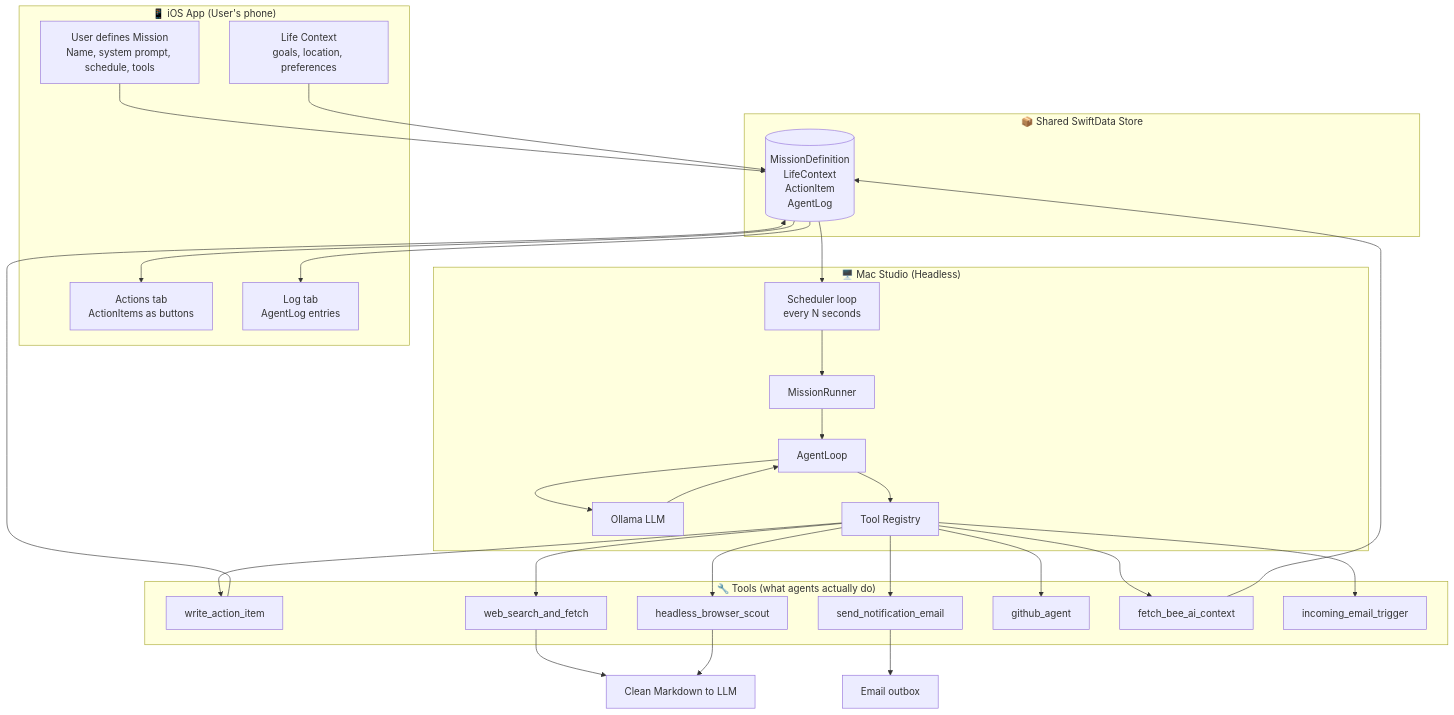
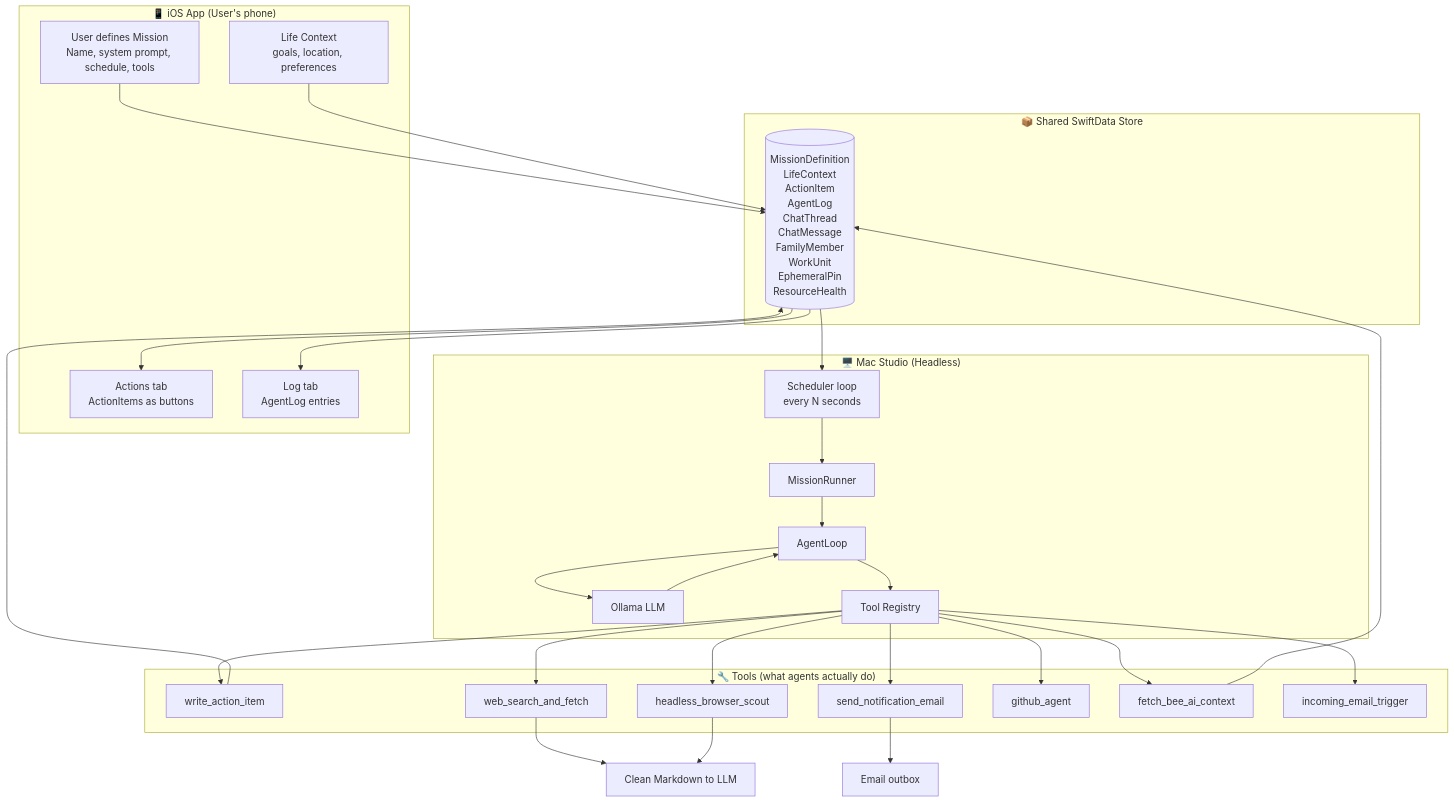
One commit to KVTaniguchi/agentkvt changed the diagram in Docs/DATA_FLOW.md. Above: the diagram before and after it, drawn with Mermaid. The commit also changed other lines of this file and 55 other files, not shown here.

First line of the commit message:
feat: canonical systemIntent, mission owner profile, iOS chat and Mac runner

````diff
--- a/Docs/DATA_FLOW.md
+++ b/Docs/DATA_FLOW.md
@@ -9,54 +16,54 @@
 ```mermaid
 flowchart TB
     subgraph iOS["📱 iOS App (User's phone)"]
         A[User defines Mission<br/>Name, system prompt, schedule, tools]
         B[Life Context<br/>goals, location, preferences]
         C[Actions tab<br/>ActionItems as buttons]
         D[Log tab<br/>AgentLog entries]
     end
 
     subgraph Store["📦 Shared SwiftData Store"]
-        S[(MissionDefinition<br/>LifeContext<br/>ActionItem<br/>AgentLog)]
+        S[(MissionDefinition<br/>LifeContext<br/>ActionItem<br/>AgentLog<br/>ChatThread<br/>ChatMessage<br/>FamilyMember<br/>WorkUnit<br/>EphemeralPin<br/>ResourceHealth)]
     end
 
     subgraph Mac["🖥️ Mac Studio (Headless)"]
         T[Scheduler loop<br/>every N seconds]
         M[MissionRunner]
         L[AgentLoop]
         O[Ollama LLM]
         R[Tool Registry]
     end
 
     subgraph Tools["🔧 Tools (what agents actually do)"]
         W[write_action_item]
         WEB[web_search_and_fetch]
         HEAD[headless_browser_scout]
         E[send_notification_email]
         G[github_agent]
         BEE[fetch_bee_ai_context]
         IN[incoming_email_trigger]
     end
 
     A --> S
     B --> S
     S --> T
     T --> M
     M --> L
     L --> O
     O --> L
     L --> R
     R --> W
     R --> WEB
     R --> HEAD
     R --> E
     R --> G
     R --> BEE
     R --> IN
     W --> S
     WEB --> LLM2[Clean Markdown to LLM]
     HEAD --> LLM2
     E --> Outbox[Email outbox]
     BEE --> S
     S --> C
     S --> D
 ```
````
